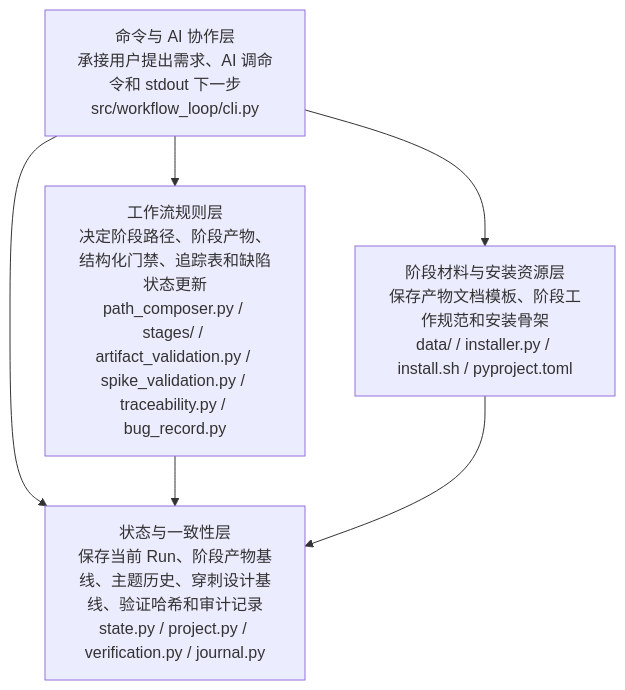
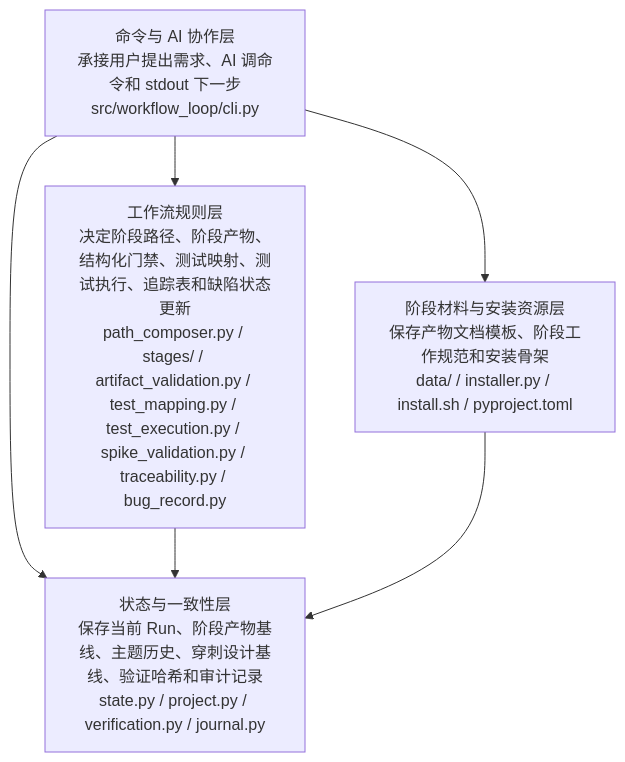
One commit to yuzyf/workflow_loop changed the first of 6 diagrams in spec/architecture_code_design.md. Above: the diagram before and after it, drawn with Mermaid. The commit also changed other lines of this file and 68 other files, not shown here.

````diff
--- a/spec/architecture_code_design.md
+++ b/spec/architecture_code_design.md
@@ -104,13 +106,13 @@
 ```mermaid
 flowchart TB
     L1["命令与 AI 协作层<br/>承接用户提出需求、AI 调命令和 stdout 下一步<br/>src/workflow_loop/cli.py"]
-    L2["工作流规则层<br/>决定阶段路径、阶段产物、结构化门禁、追踪表和缺陷状态更新<br/>path_composer.py / stages/ / artifact_validation.py / spike_validation.py / traceability.py / bug_record.py"]
+    L2["工作流规则层<br/>决定阶段路径、阶段产物、结构化门禁、测试映射、测试执行、追踪表和缺陷状态更新<br/>path_composer.py / stages/ / artifact_validation.py / test_mapping.py / test_execution.py / spike_validation.py / traceability.py / bug_record.py"]
     L3["状态与一致性层<br/>保存当前 Run、阶段产物基线、主题历史、穿刺设计基线、验证哈希和审计记录<br/>state.py / project.py / verification.py / journal.py"]
     L4["阶段材料与安装资源层<br/>保存产物文档模板、阶段工作规范和安装骨架<br/>data/ / installer.py / install.sh / pyproject.toml"]
 
     L1 --> L2
     L1 --> L3
     L1 --> L4
     L2 --> L3
     L4 --> L3
 ```
````
